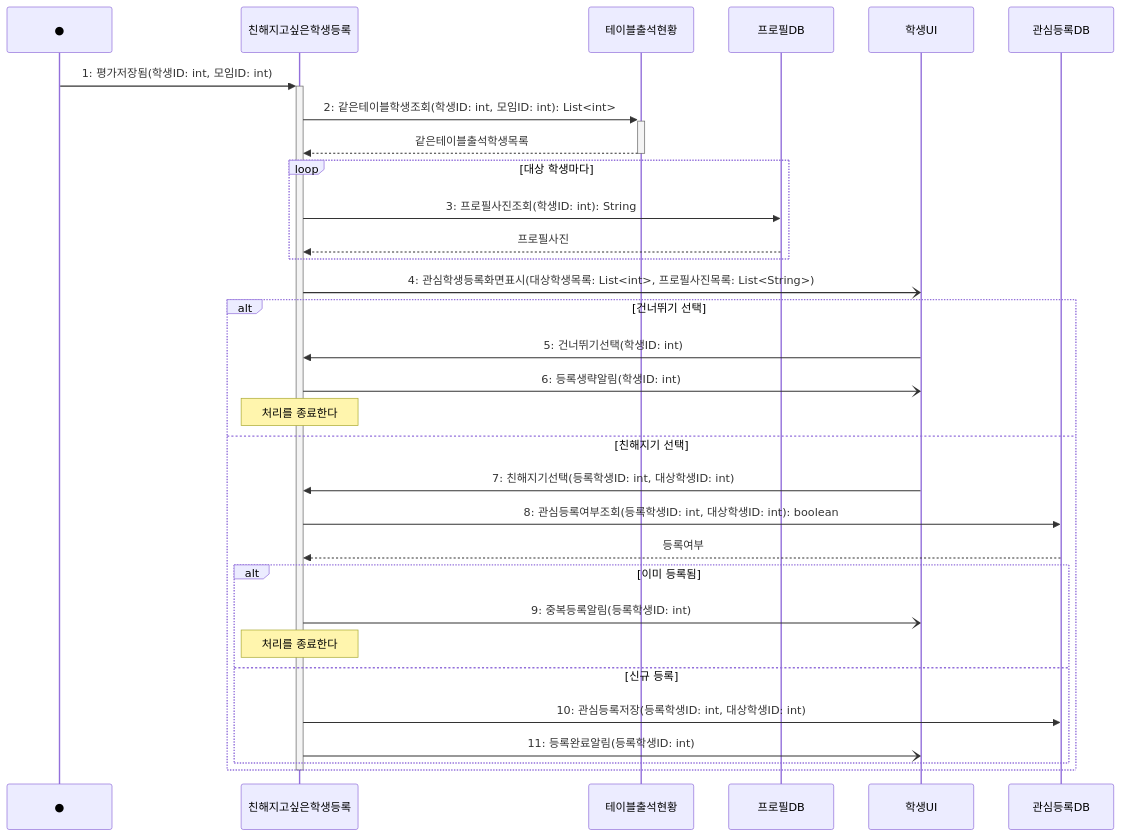
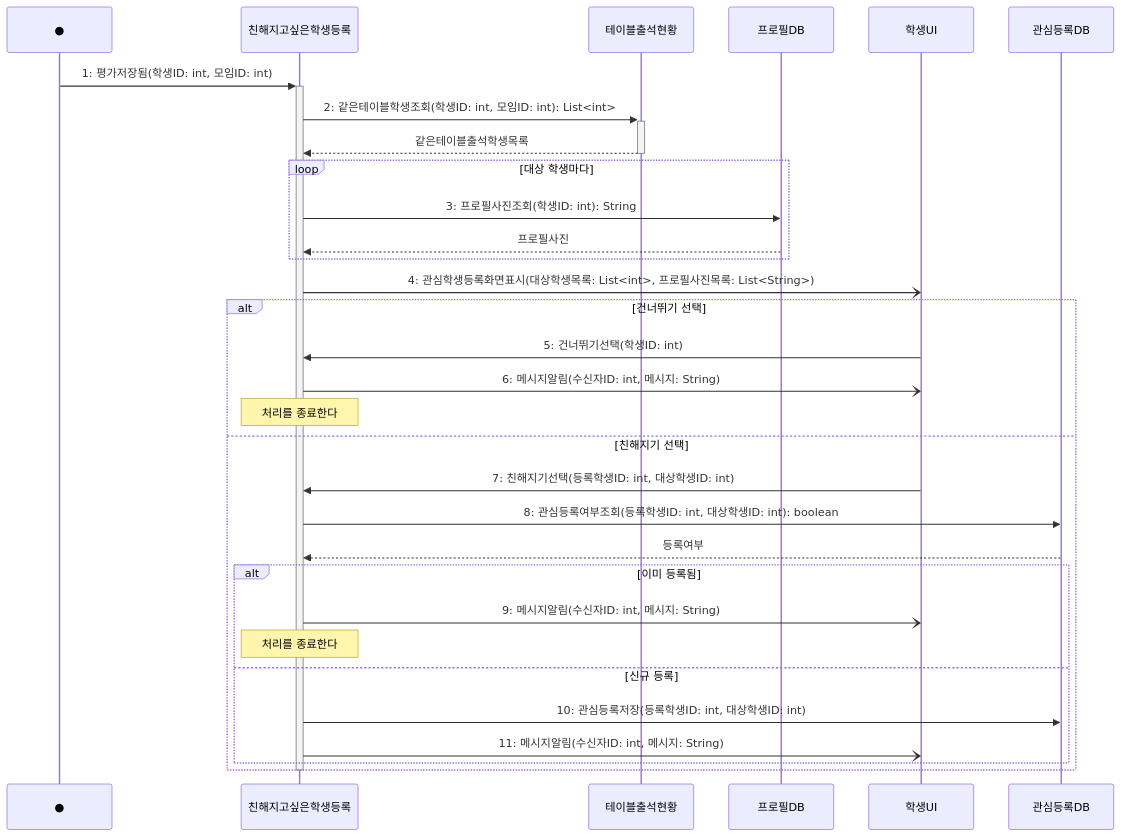
Before and after one commit to hojae3/sw-engineering-16: the diagram in sequence/seq-11.md, drawn with Mermaid. The commit also changed other lines of this file and 19 other files, not shown here.

````diff
--- a/sequence/seq-11.md
+++ b/sequence/seq-11.md
@@ -24,36 +24,36 @@
 ```mermaid
 sequenceDiagram
     participant Found as ●
     participant 등록 as 친해지고싶은학생등록
     participant 현황 as 테이블출석현황
     participant 프로필DB as 프로필DB
     participant 학생UI as 학생UI
     participant 관심DB as 관심등록DB
 
     Found->>+등록: 1: 평가저장됨(학생ID: int, 모임ID: int)
     등록->>+현황: 2: 같은테이블학생조회(학생ID: int, 모임ID: int): List<int>
     현황-->>-등록: 같은테이블출석학생목록
     loop 대상 학생마다
         등록->>프로필DB: 3: 프로필사진조회(학생ID: int): String
         프로필DB-->>등록: 프로필사진
     end
     등록-)학생UI: 4: 관심학생등록화면표시(대상학생목록: List<int>, 프로필사진목록: List<String>)
 
     alt 건너뛰기 선택
         학생UI->>등록: 5: 건너뛰기선택(학생ID: int)
-        등록-)학생UI: 6: 등록생략알림(학생ID: int)
+        등록-)학생UI: 6: 메시지알림(수신자ID: int, 메시지: String)
         Note over 등록: 처리를 종료한다
     else 친해지기 선택
         학생UI->>등록: 7: 친해지기선택(등록학생ID: int, 대상학생ID: int)
         등록->>관심DB: 8: 관심등록여부조회(등록학생ID: int, 대상학생ID: int): boolean
         관심DB-->>등록: 등록여부
         alt 이미 등록됨
-            등록-)학생UI: 9: 중복등록알림(등록학생ID: int)
+            등록-)학생UI: 9: 메시지알림(수신자ID: int, 메시지: String)
             Note over 등록: 처리를 종료한다
         else 신규 등록
             등록->>관심DB: 10: 관심등록저장(등록학생ID: int, 대상학생ID: int)
-            등록-)학생UI: 11: 등록완료알림(등록학생ID: int)
+            등록-)학생UI: 11: 메시지알림(수신자ID: int, 메시지: String)
         end
     end
     deactivate 등록
 ```
````
